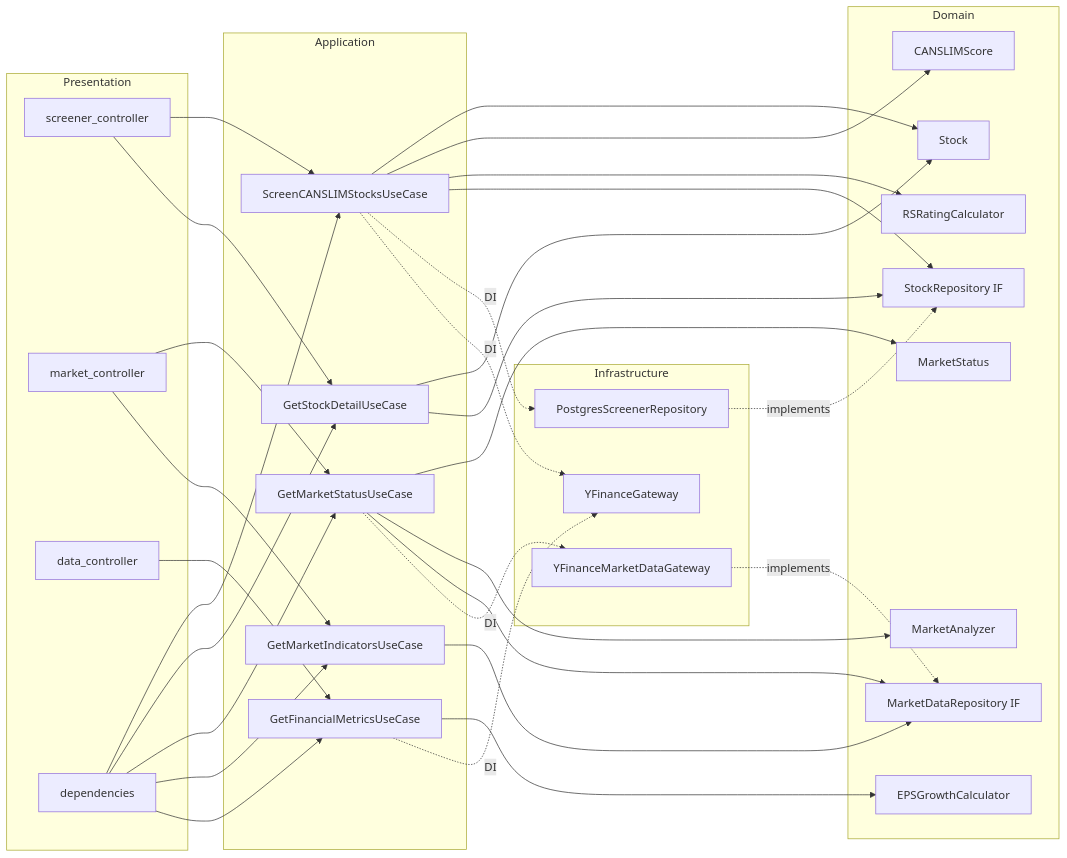
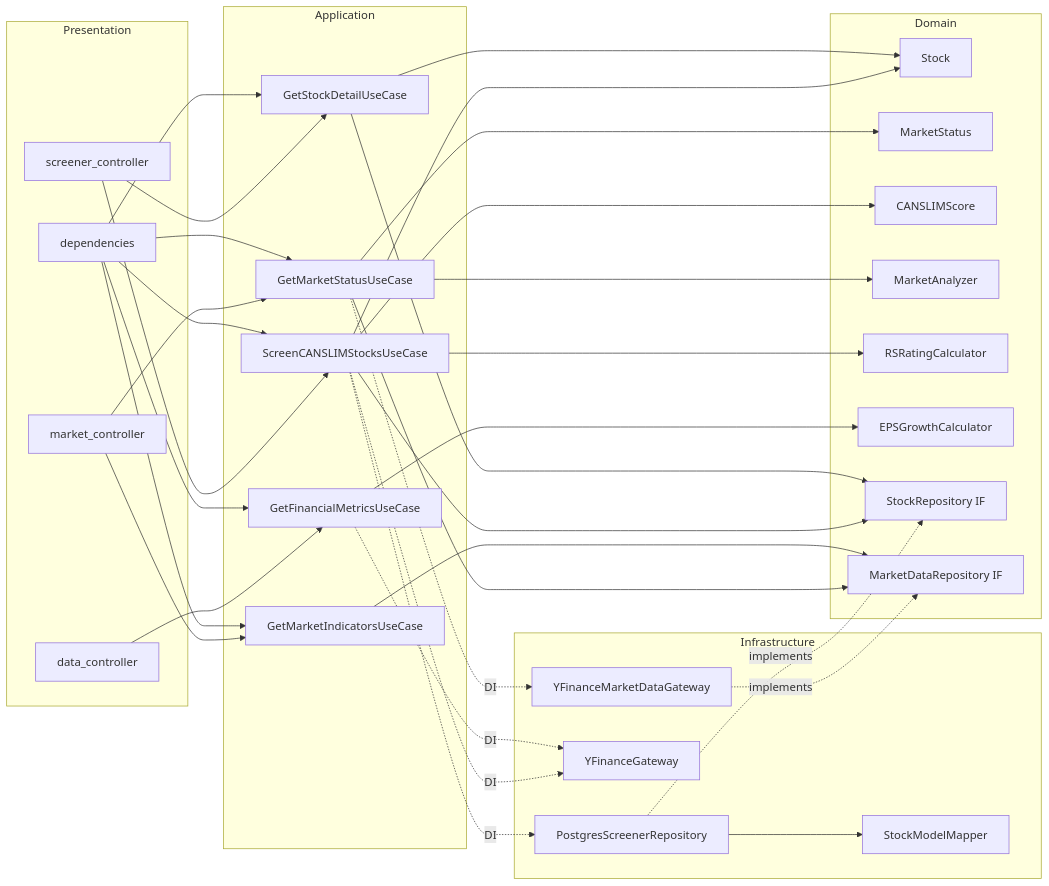
Before and after one commit to ryota197/ai-trade-pj: the third of 4 diagrams in docs/poc/architectures/diagrams/module-dependencies.md, drawn with Mermaid. The commit also changed other lines of this file and 7 other files, not shown here.

````diff
--- a/docs/poc/architectures/diagrams/module-dependencies.md
+++ b/docs/poc/architectures/diagrams/module-dependencies.md
@@ -105,58 +107,62 @@
 ```mermaid
 graph LR
     subgraph "Presentation"
         screener_ctrl[screener_controller]
         market_ctrl[market_controller]
         data_ctrl[data_controller]
         deps[dependencies]
     end
 
     subgraph "Application"
         screen_uc[ScreenCANSLIMStocksUseCase]
         detail_uc[GetStockDetailUseCase]
         status_uc[GetMarketStatusUseCase]
         indicators_uc[GetMarketIndicatorsUseCase]
         financials_uc[GetFinancialMetricsUseCase]
     end
 
     subgraph "Domain"
         stock[Stock]
         market_status[MarketStatus]
         canslim[CANSLIMScore]
         analyzer[MarketAnalyzer]
         rs_calc[RSRatingCalculator]
         eps_calc[EPSGrowthCalculator]
         stock_repo_if[StockRepository IF]
         market_repo_if[MarketDataRepository IF]
     end
 
     subgraph "Infrastructure"
         pg_screener[PostgresScreenerRepository]
+        stock_mapper[StockModelMapper]
         yf_gateway[YFinanceGateway]
         yf_market[YFinanceMarketDataGateway]
     end
 
     %% Presentation → Application
     screener_ctrl --> screen_uc
     screener_ctrl --> detail_uc
     market_ctrl --> status_uc
     market_ctrl --> indicators_uc
     data_ctrl --> financials_uc
     deps --> screen_uc & detail_uc & status_uc & indicators_uc & financials_uc
 
     %% Application → Domain
     screen_uc --> stock & canslim & rs_calc & stock_repo_if
     detail_uc --> stock & stock_repo_if
     status_uc --> market_status & analyzer & market_repo_if
     indicators_uc --> market_repo_if
     financials_uc --> eps_calc
 
     %% Infrastructure implements Domain interfaces
     pg_screener -.->|implements| stock_repo_if
     yf_market -.->|implements| market_repo_if
 
     %% Application → Infrastructure (via DI)
     screen_uc -.->|DI| pg_screener & yf_gateway
     status_uc -.->|DI| yf_market
     financials_uc -.->|DI| yf_gateway
+
+    %% Infrastructure internal dependencies
+    pg_screener --> stock_mapper
 ```
````
